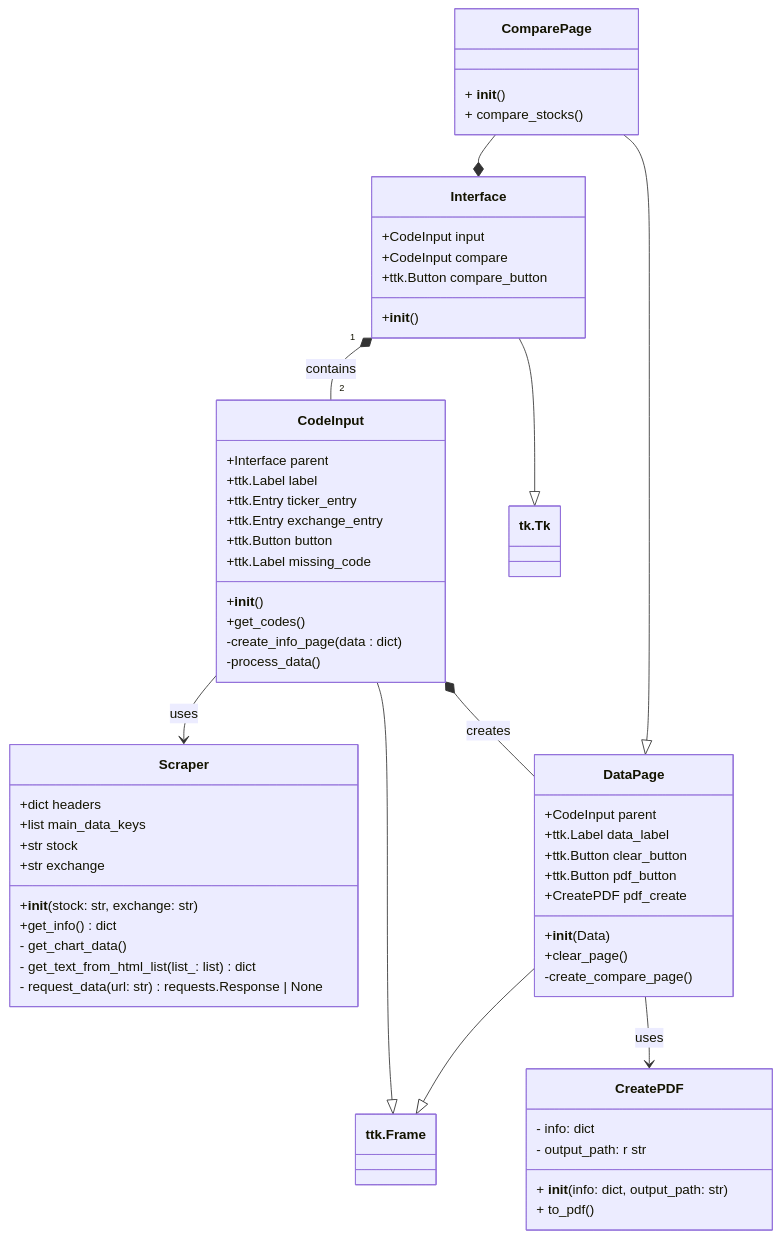
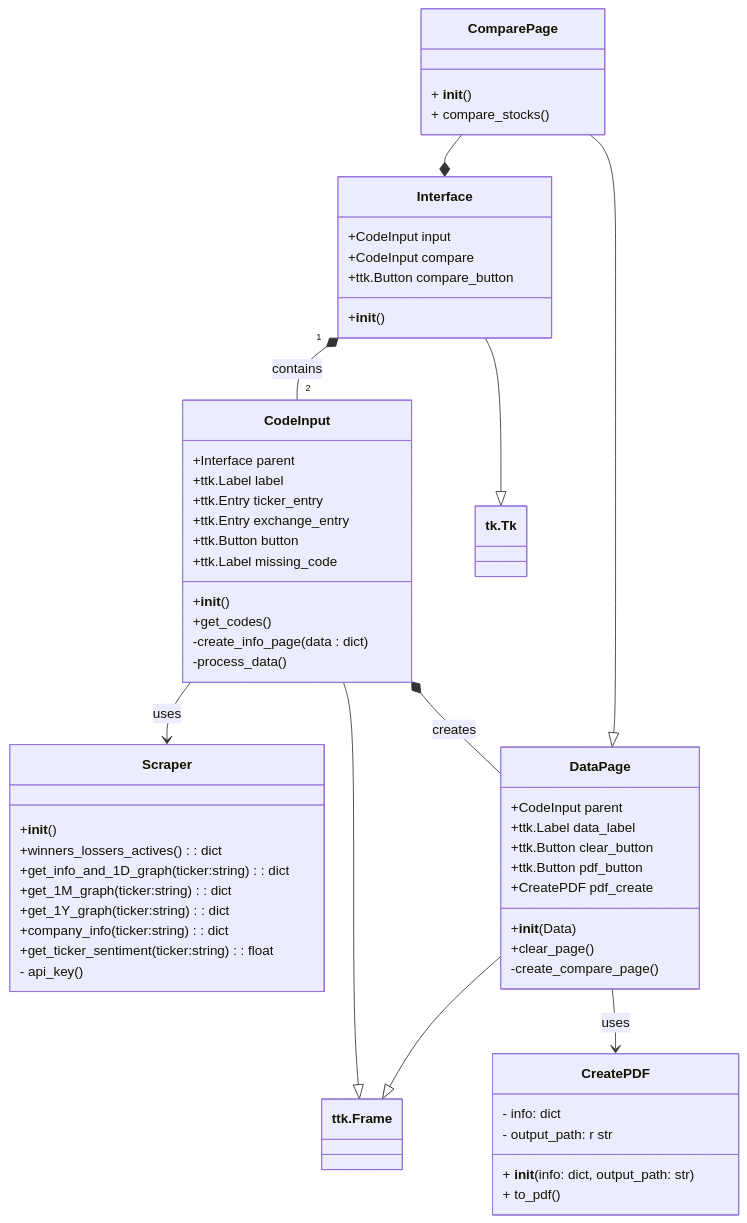
The diagram in README.md (AndrevLare/Stock-Dealer), drawn with Mermaid before and after one commit.

````diff
--- a/README.md
+++ b/README.md
@@ -13,70 +13,69 @@
 ```mermaid
 
 classDiagram
 
     class Interface {
         +CodeInput input
         +CodeInput compare
         +ttk.Button compare_button
         +__init__()
     }
 
     class CodeInput {
         +Interface parent
         +ttk.Label label
         +ttk.Entry ticker_entry
         +ttk.Entry exchange_entry
         +ttk.Button button
         +ttk.Label missing_code
         +__init__()
         +get_codes()
         -create_info_page(data : dict)
         -process_data()
     }
 
 class Scraper {
-        +dict headers
-        +list main_data_keys
-        +str stock
-        +str exchange
-        +__init__(stock: str, exchange: str)
-        +get_info() dict
-        - get_chart_data()
-        - get_text_from_html_list(list_: list) dict
-        - request_data(url: str) requests.Response | None
+        +__init__()
+        +winners_lossers_actives(): dict
+        +get_info_and_1D_graph(ticker:string): dict
+        +get_1M_graph(ticker:string): dict
+        +get_1Y_graph(ticker:string): dict
+        +company_info(ticker:string): dict
+        +get_ticker_sentiment(ticker:string): float
+        - api_key()
     }
 
     class DataPage {
         +CodeInput parent
         +ttk.Label data_label
         +ttk.Button clear_button
         +ttk.Button pdf_button
         +CreatePDF pdf_create
         +__init__(Data)
         +clear_page()
         -create_compare_page()
     }
 
     class ComparePage {
         + __init__()
         + compare_stocks()
     }
 
     class CreatePDF {
         - info: dict
         - output_path: r str
         + __init__(info: dict, output_path: str)
         + to_pdf()
     }
 
     Interface "1" *-- "2" CodeInput: contains
 
     Interface --|> tk.Tk
     CodeInput --> Scraper: uses
     CodeInput *-- DataPage: creates
     DataPage --> CreatePDF: uses
     CodeInput --|> ttk.Frame
     ComparePage --|> DataPage
     DataPage --|> ttk.Frame
     ComparePage --* Interface
 ```
````
